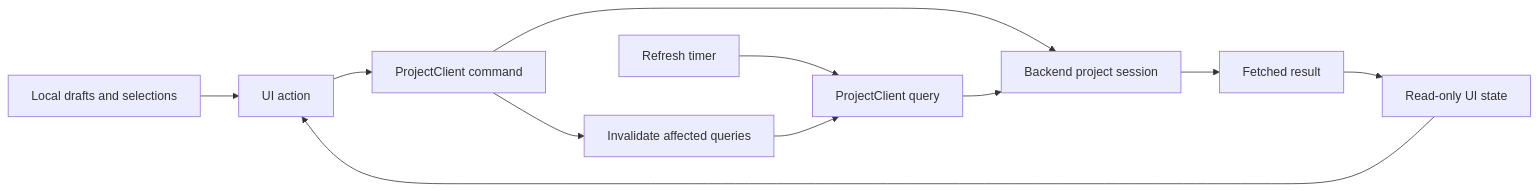
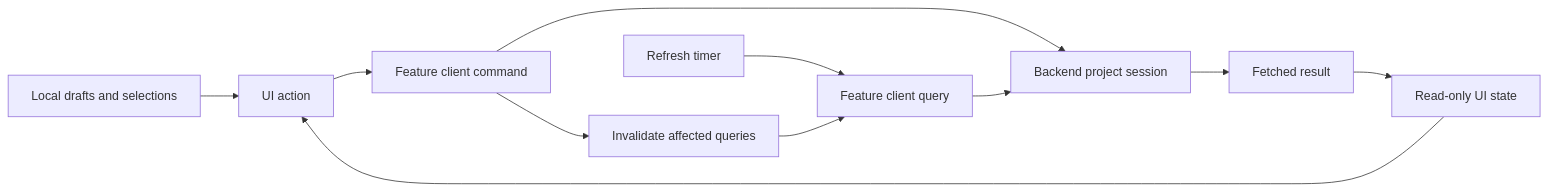
One commit to spiraldb/robotics.spiral.build changed the diagram in docs/frontend-fetch-flow.md. Above: the diagram before and after it, drawn with Mermaid. The commit also changed other lines of this file and 111 other files, not shown here.

````diff
--- a/docs/frontend-fetch-flow.md
+++ b/docs/frontend-fetch-flow.md
@@ -8,13 +11,13 @@
 ```mermaid
 flowchart LR
-    UI[UI action] --> Command[ProjectClient command]
+    UI[UI action] --> Command[Feature client command]
     Command --> Backend[Backend project session]
     Command --> Refresh[Invalidate affected queries]
-    Timer[Refresh timer] --> Read[ProjectClient query]
+    Timer[Refresh timer] --> Read[Feature client query]
     Refresh --> Read
     Read --> Backend
     Backend --> Result[Fetched result]
     Result --> State[Read-only UI state]
     State --> UI
     Draft[Local drafts and selections] --> UI
 ```
````
